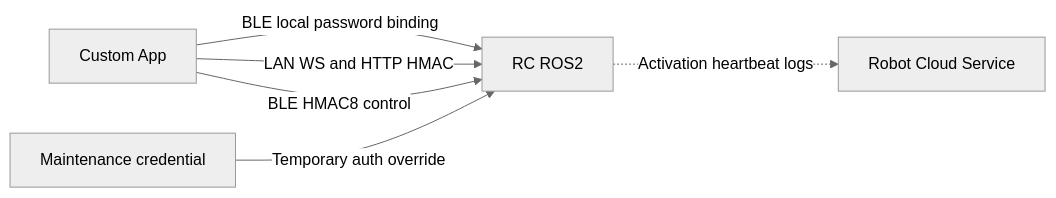
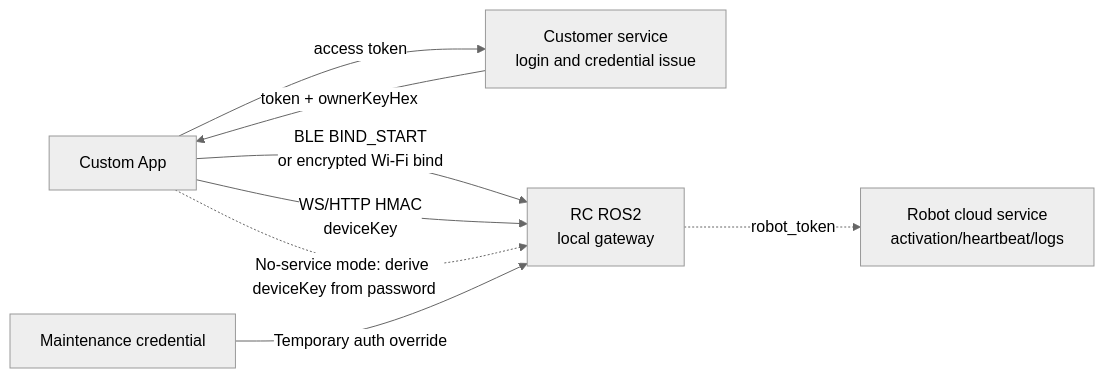
Before and after one commit to bxirobotics/BXI_Wiki: the diagram in docs/software/new_backend_api.en.md, drawn with Mermaid (neutral theme). The commit also changed other lines of this file and 1 other file, not shown here.

````diff
--- a/docs/software/new_backend_api.en.md
+++ b/docs/software/new_backend_api.en.md
@@ -26,8 +26,16 @@
 ```mermaid
 flowchart LR
-    A[Custom App] -->|BLE local password binding| R[RC ROS2]
-    A -->|LAN WS and HTTP HMAC| R
-    A -->|BLE HMAC8 control| R
-    M[Maintenance credential] -->|Temporary auth override| R
-    R -.->|Activation heartbeat logs| C[Robot Cloud Service]
+    A[Custom App]
+    S[Customer service<br/>login and credential issue]
+    R[RC ROS2<br/>local gateway]
+    C[Robot cloud service<br/>activation/heartbeat/logs]
+    M[Maintenance credential]
+
+    A -->|access token| S
+    S -->|token + ownerKeyHex| A
+    A -->|BLE BIND_START<br/>or encrypted Wi-Fi bind| R
+    A -->|WS/HTTP HMAC<br/>deviceKey| R
+    A -.->|No-service mode: derive deviceKey from password| R
+    M -->|Temporary auth override| R
+    R -.->|robot_token| C
 ```
````
